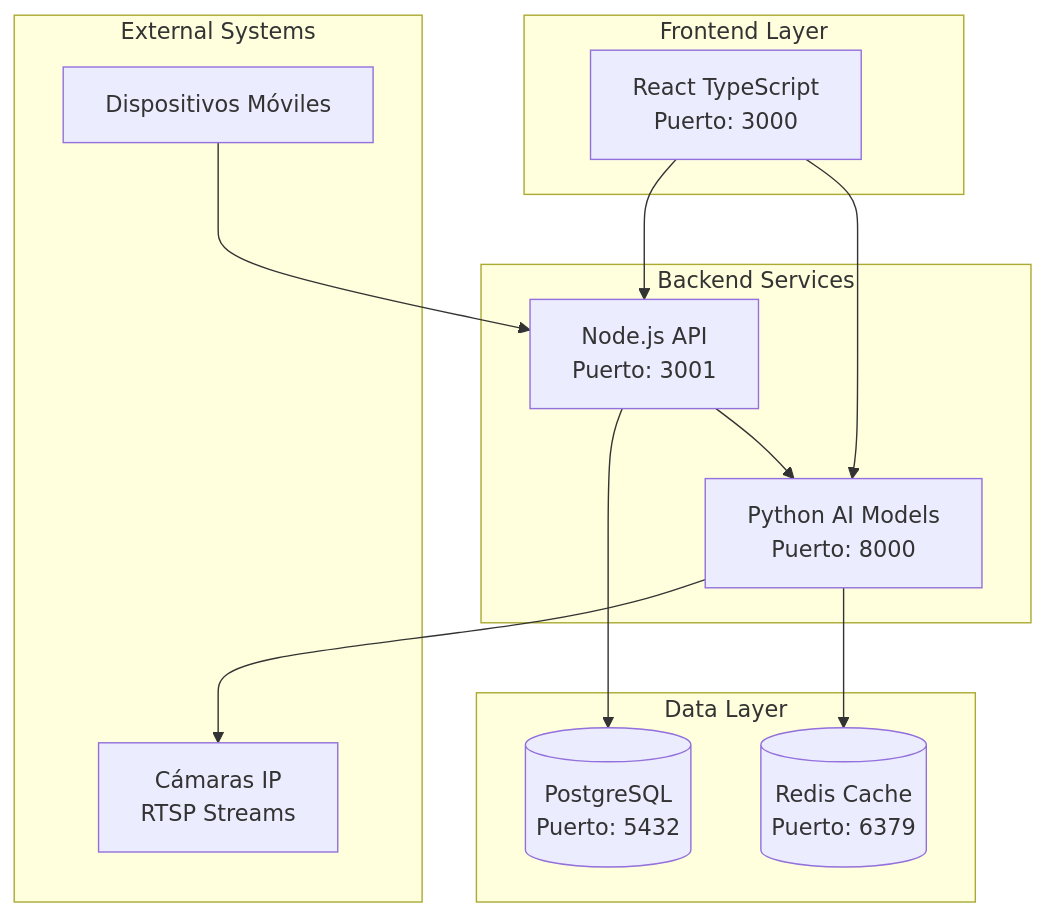
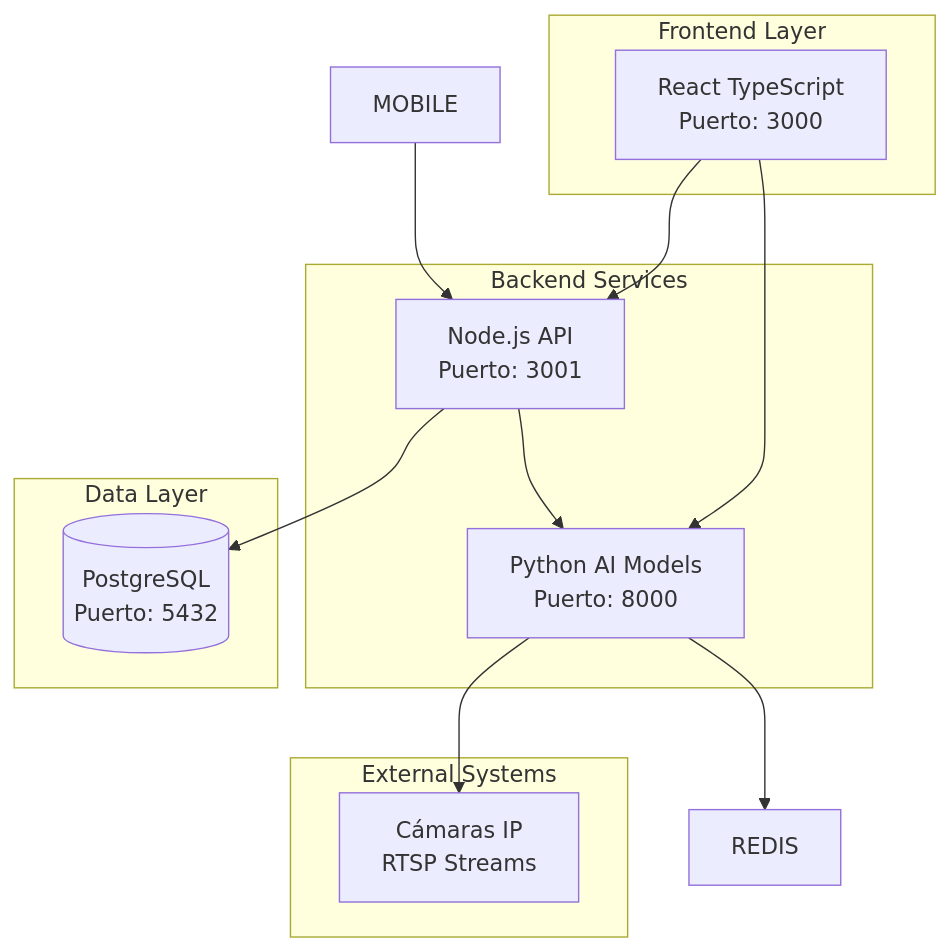
One commit to CristobalSg/SmartParkingTwo changed the diagram in README.md. Above: the diagram before and after it, drawn with Mermaid. The commit also changed other lines of this file, not shown here.

Commit message:
refactor: Eliminar referencias a Redis y dispositivos móviles en la documentación

````diff
--- a/README.md
+++ b/README.md
@@ -9,29 +9,27 @@
 ```mermaid
 graph TB
     subgraph "Frontend Layer"
         FE[React TypeScript<br/>Puerto: 3000]
     end
     
     subgraph "Backend Services"
         API[Node.js API<br/>Puerto: 3001]
         AI[Python AI Models<br/>Puerto: 8000]
     end
     
     subgraph "Data Layer"  
         DB[(PostgreSQL<br/>Puerto: 5432)]
-        REDIS[(Redis Cache<br/>Puerto: 6379)]
     end
     
     subgraph "External Systems"
         CAM[Cámaras IP<br/>RTSP Streams]
-        MOBILE[Dispositivos Móviles]
     end
 
     FE --> API
     FE --> AI
     API --> DB
     AI --> REDIS
     AI --> CAM
     MOBILE --> API
     API --> AI
 ```
````
